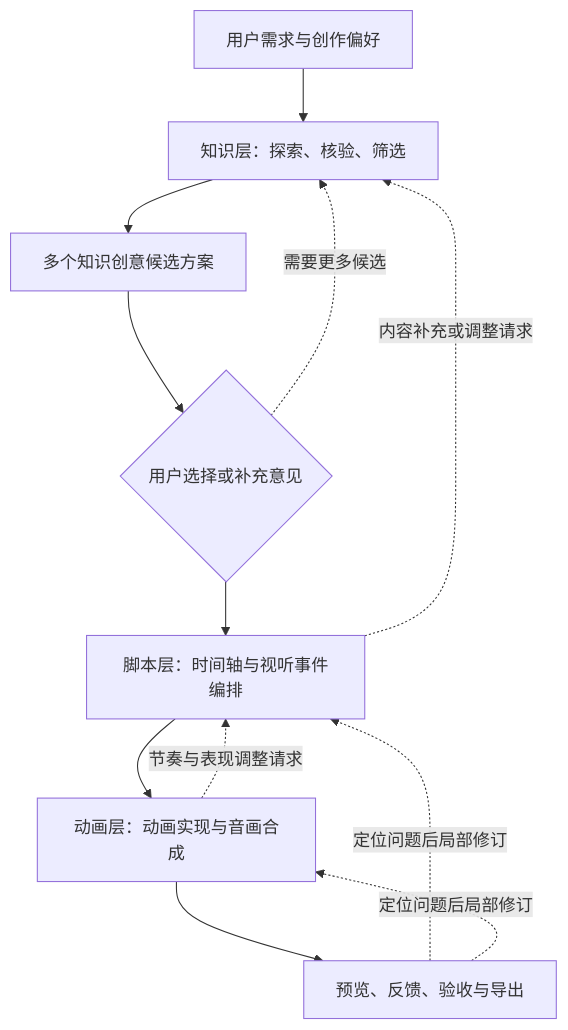
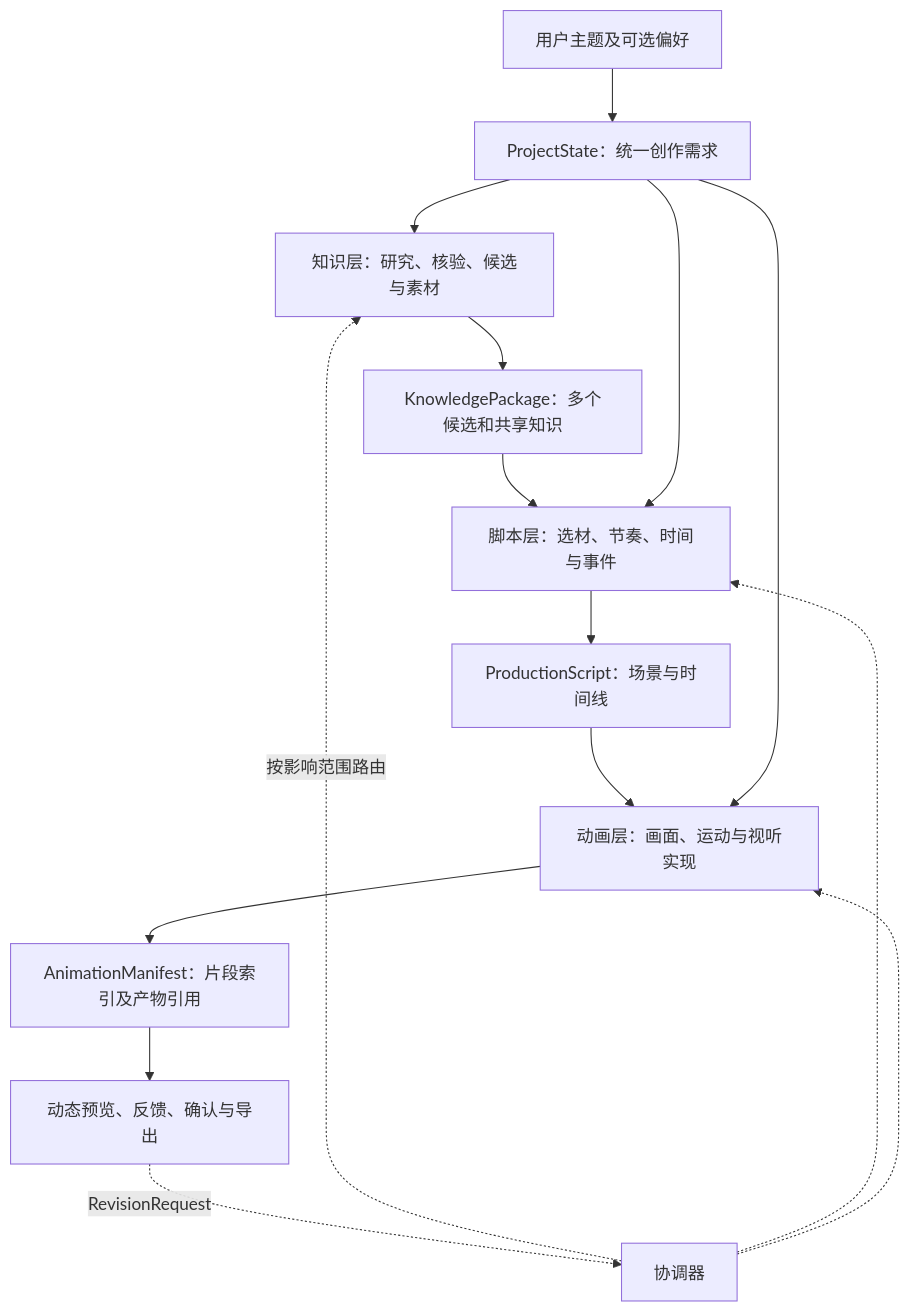
Before and after one commit to LIZZYGREAT/knowledge-show: the diagram in docs/work/design/产品理念与工作流共识.md, drawn with Mermaid. The commit also changed other lines of this file and 12 other files, not shown here.

````diff
--- a/docs/work/design/产品理念与工作流共识.md
+++ b/docs/work/design/产品理念与工作流共识.md
@@ -96,14 +63,17 @@
 ```mermaid
 flowchart TB
-    U[用户需求与创作偏好] --> K[知识层：探索、核验、筛选]
-    K --> C[多个知识创意候选方案]
-    C --> D{用户选择或补充意见}
-    D --> S[脚本层：时间轴与视听事件编排]
-    S --> A[动画层：动画实现与音画合成]
-    A --> P[预览、反馈、验收与导出]
-    S -. 内容补充或调整请求 .-> K
-    A -. 节奏与表现调整请求 .-> S
-    P -. 定位问题后局部修订 .-> S
-    P -. 定位问题后局部修订 .-> A
-    D -. 需要更多候选 .-> K
+    U[用户主题及可选偏好] --> P[ProjectState：统一创作需求]
+    P --> K[知识层：研究、核验、候选与素材]
+    K --> KP[KnowledgePackage：多个候选和共享知识]
+    KP --> S[脚本层：选材、节奏、时间与事件]
+    P --> S
+    S --> PS[ProductionScript：场景与时间线]
+    PS --> A[动画层：画面、运动与视听实现]
+    P --> A
+    A --> AM[AnimationManifest：片段索引及产物引用]
+    AM --> V[动态预览、反馈、确认与导出]
+    V -.RevisionRequest.-> W[协调器]
+    W -.按影响范围路由.-> K
+    W -.-> S
+    W -.-> A
 ```
````
